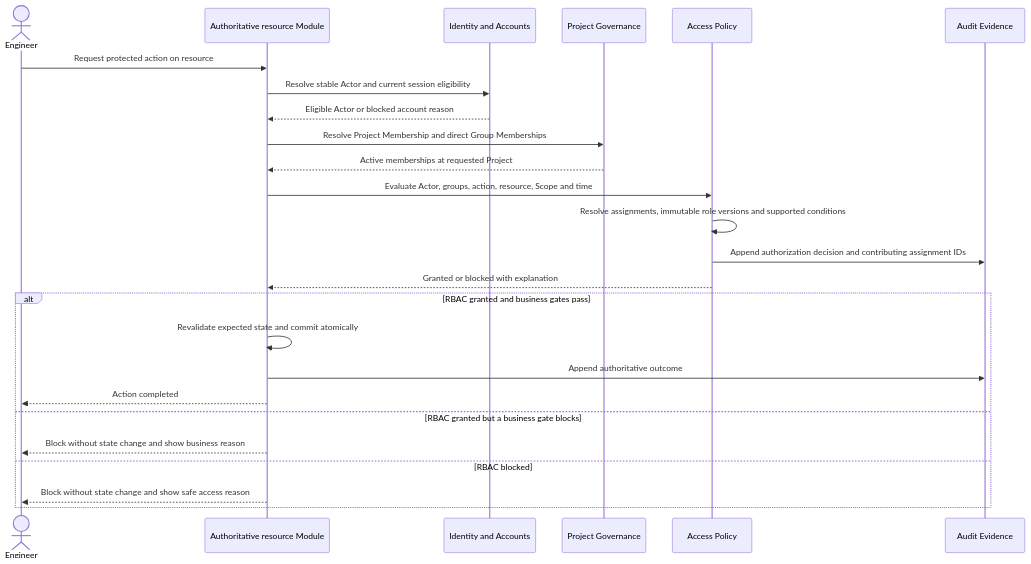
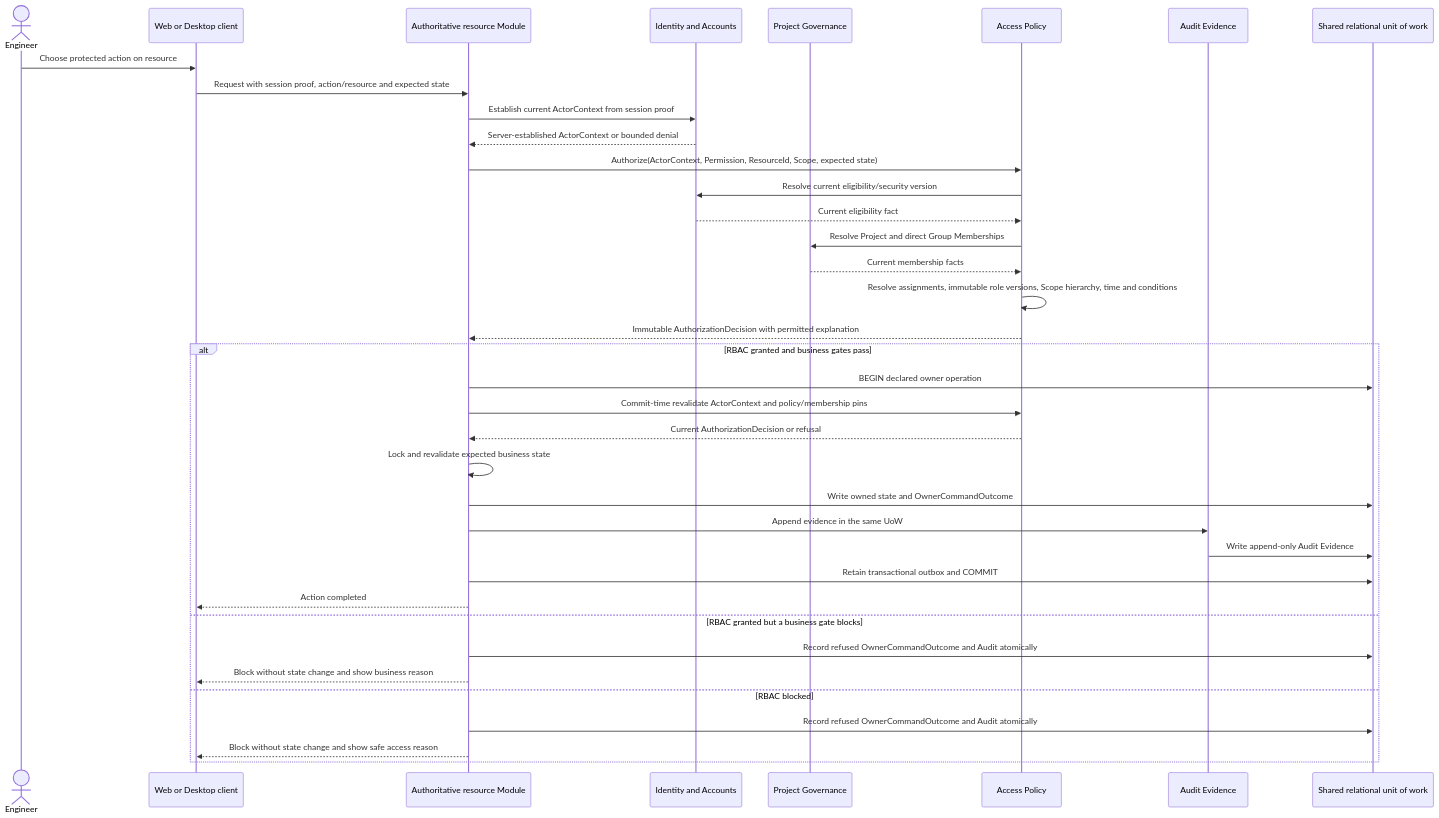
Diagram 20 of 26 in docs/product/instances/idea-engineering/DOC-05-architecture-description.md (devphuclam/IDEAEngineering), drawn with Mermaid before and after one commit. The commit also changed other lines of this file and 73 other files, not shown here.

Commit message:
docs: correct architecture custody and audit views

````diff
--- a/docs/product/instances/idea-engineering/DOC-05-architecture-description.md
+++ b/docs/product/instances/idea-engineering/DOC-05-architecture-description.md
@@ -1436,31 +1576,43 @@
 ```mermaid
 sequenceDiagram
     accTitle: Effective Permission followed by business gates
-    accDescr: The authoritative resource Module resolves the current Actor and session, Project and direct Group memberships, then asks Access Policy to evaluate applicable assignments, immutable role versions, Scope, time and conditions. Even when RBAC grants the action, the owner Module revalidates current business state before committing.
+    accDescr: A client presents session proof and never supplies a trusted ActorId. Server/IAM establishes ActorContext. The owner asks Access Policy with ActorContext, Permission, ResourceId, Scope and expected state; Access Policy itself resolves IAM eligibility, Project and Group membership, assignments, role versions and Scope hierarchy and returns an immutable AuthorizationDecision. The owner records a separate business-gate/final outcome. At commit, authorization inputs and owner state revalidate inside one relational unit of work with Audit Evidence and outbox.
 
     actor Engineer
+    participant Client as Web or Desktop client
     participant Owner as Authoritative resource Module
     participant IAM as Identity and Accounts
     participant Project as Project Governance
     participant Policy as Access Policy
     participant Audit as Audit Evidence
+    participant UoW as Shared relational unit of work
 
-    Engineer->>Owner: Request protected action on resource
-    Owner->>IAM: Resolve stable Actor and current session eligibility
-    IAM-->>Owner: Eligible Actor or blocked account reason
-    Owner->>Project: Resolve Project Membership and direct Group Memberships
-    Project-->>Owner: Active memberships at requested Project
-    Owner->>Policy: Evaluate Actor, groups, action, resource, Scope and time
-    Policy->>Policy: Resolve assignments, immutable role versions and supported conditions
-    Policy->>Audit: Append authorization decision and contributing assignment IDs
-    Policy-->>Owner: Granted or blocked with explanation
+    Engineer->>Client: Choose protected action on resource
+    Client->>Owner: Request with session proof, action/resource and expected state
+    Owner->>IAM: Establish current ActorContext from session proof
+    IAM-->>Owner: Server-established ActorContext or bounded denial
+    Owner->>Policy: Authorize(ActorContext, Permission, ResourceId, Scope, expected state)
+    Policy->>IAM: Resolve current eligibility/security version
+    IAM-->>Policy: Current eligibility fact
+    Policy->>Project: Resolve Project and direct Group Memberships
+    Project-->>Policy: Current membership facts
+    Policy->>Policy: Resolve assignments, immutable role versions, Scope hierarchy, time and conditions
+    Policy-->>Owner: Immutable AuthorizationDecision with permitted explanation
     alt RBAC granted and business gates pass
-        Owner->>Owner: Revalidate expected state and commit atomically
-        Owner->>Audit: Append authoritative outcome
-        Owner-->>Engineer: Action completed
+        Owner->>UoW: BEGIN declared owner operation
+        Owner->>Policy: Commit-time revalidate ActorContext and policy/membership pins
+        Policy-->>Owner: Current AuthorizationDecision or refusal
+        Owner->>Owner: Lock and revalidate expected business state
+        Owner->>UoW: Write owned state and OwnerCommandOutcome
+        Owner->>Audit: Append evidence in the same UoW
+        Audit->>UoW: Write append-only Audit Evidence
+        Owner->>UoW: Retain transactional outbox and COMMIT
+        Owner-->>Client: Action completed
     else RBAC granted but a business gate blocks
-        Owner-->>Engineer: Block without state change and show business reason
+        Owner->>UoW: Record refused OwnerCommandOutcome and Audit atomically
+        Owner-->>Client: Block without state change and show business reason
     else RBAC blocked
-        Owner-->>Engineer: Block without state change and show safe access reason
+        Owner->>UoW: Record refused OwnerCommandOutcome and Audit atomically
+        Owner-->>Client: Block without state change and show safe access reason
     end
 ```
````
